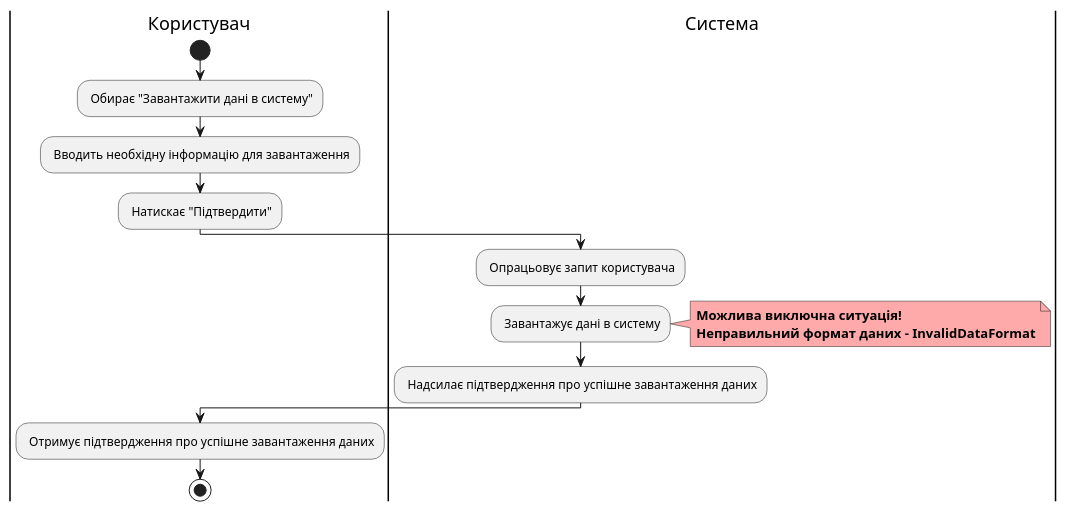
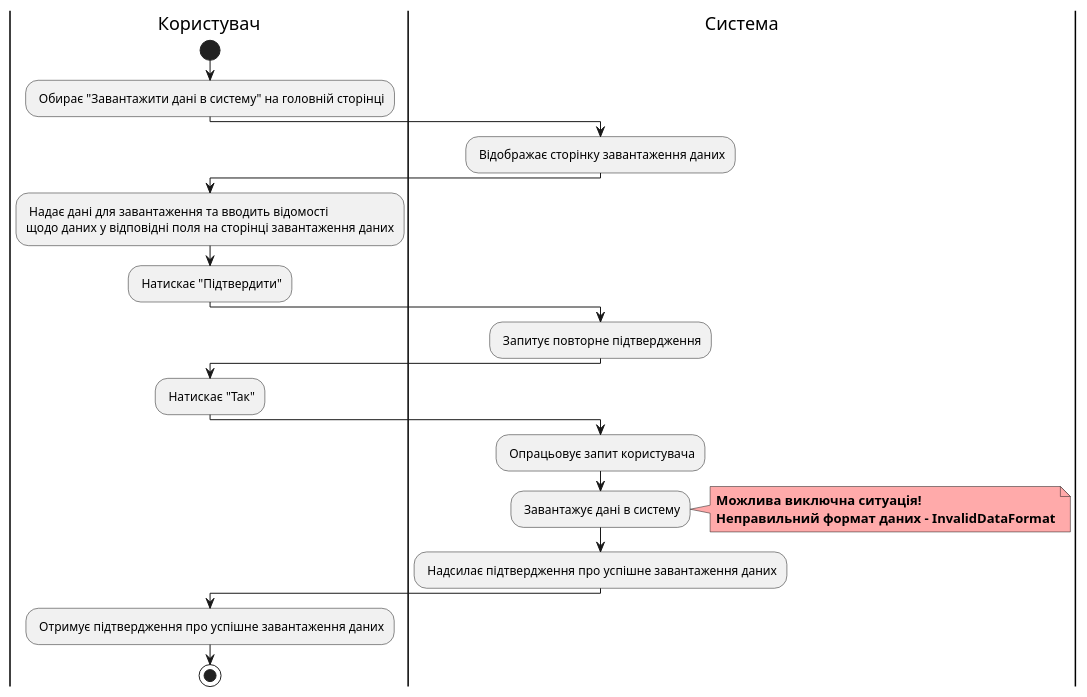
One commit to watashone/db-labs changed the seventh of 19 diagrams in docs/use cases/README.md. Above: the diagram before and after it, drawn with PlantUML. The commit also changed other lines of this file, not shown here.

```diff
--- a/docs/use cases/README.md
+++ b/docs/use cases/README.md
@@ -213,20 +220,27 @@
 @startuml
 
     |Користувач|
         start
-        : Обирає "Завантажити дані в систему";
-        : Вводить необхідну інформацію для завантаження;
+        : Обирає "Завантажити дані в систему" на головній сторінці;
+    |Система|
+        : Відображає сторінку завантаження даних;
+    |Користувач|
+        : Надає дані для завантаження та вводить відомості \nщодо даних у відповідні поля на сторінці завантаження даних;
         : Натискає "Підтвердити";
+    |Система|
+        : Запитує повторне підтвердження;
+    |Користувач|
+        : Натискає "Так";
     |Система|
         : Опрацьовує запит користувача;
         : Завантажує дані в систему;
         note right #ffaaaa
         <b>Можлива виключна ситуація!</b>
         <b>Неправильний формат даних - InvalidDataFormat</b>
         end note
         : Надсилає підтвердження про успішне завантаження даних;
     |Користувач|
         : Отримує підтвердження про успішне завантаження даних;
         stop
         
 @enduml
```
